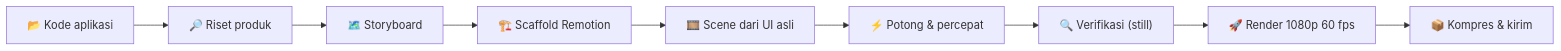
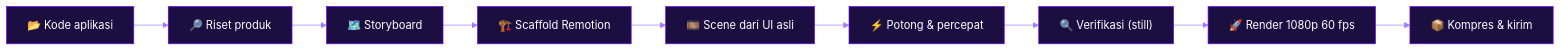
The diagram in README.md (rendydev404/open-skill), drawn with Mermaid before and after one commit. The commit also changed other lines of this file and 5 other files, not shown here.

Commit message:
style: ganti warna utama banner, kartu, kolase, badge, dan diagram ke electric indigo

````diff
--- a/README.md
+++ b/README.md
@@ -80,11 +80,12 @@
 ```mermaid
+%%{init: {"theme":"base","themeVariables":{"primaryColor":"#1a0f40","primaryTextColor":"#ffffff","primaryBorderColor":"#6F00FF","lineColor":"#9D7BFF","fontFamily":"Inter, sans-serif"}}}%%
 flowchart LR
     A["📂 Kode aplikasi"] --> B["🔎 Riset produk"]
     B --> C["🗺️ Storyboard"]
     C --> D["🏗️ Scaffold Remotion"]
     D --> E["🎞️ Scene dari UI asli"]
     E --> F["⚡ Potong & percepat"]
     F --> G["🔍 Verifikasi (still)"]
     G --> H["🚀 Render 1080p 60 fps"]
     H --> I["📦 Kompres & kirim"]
 ```
````
